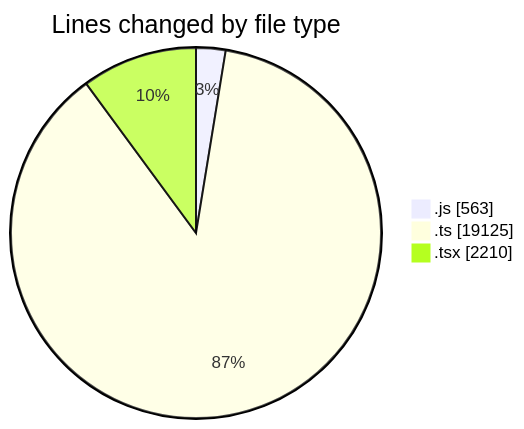
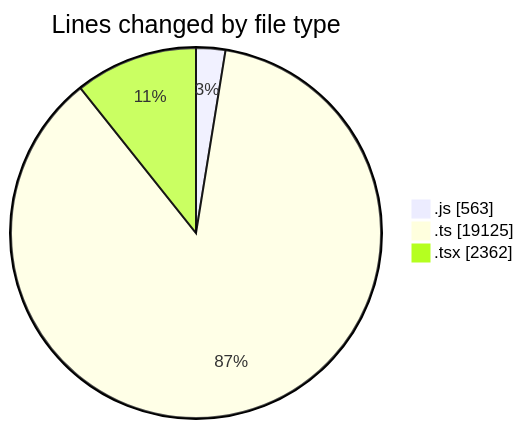
The first of 2 diagrams in 2025-11-14/cda/README.md (momahboobian/code-tracking), drawn with Mermaid before and after one commit. The commit also changed other lines of this file and 1 other file, not shown here.

````diff
--- a/2025-11-14/cda/README.md
+++ b/2025-11-14/cda/README.md
@@ -40,7 +41,7 @@
 ```mermaid
 pie showData
 title Lines changed by file type
 ".js" : 563
 ".ts" : 19125
-".tsx" : 2210
+".tsx" : 2362
 ```
````
